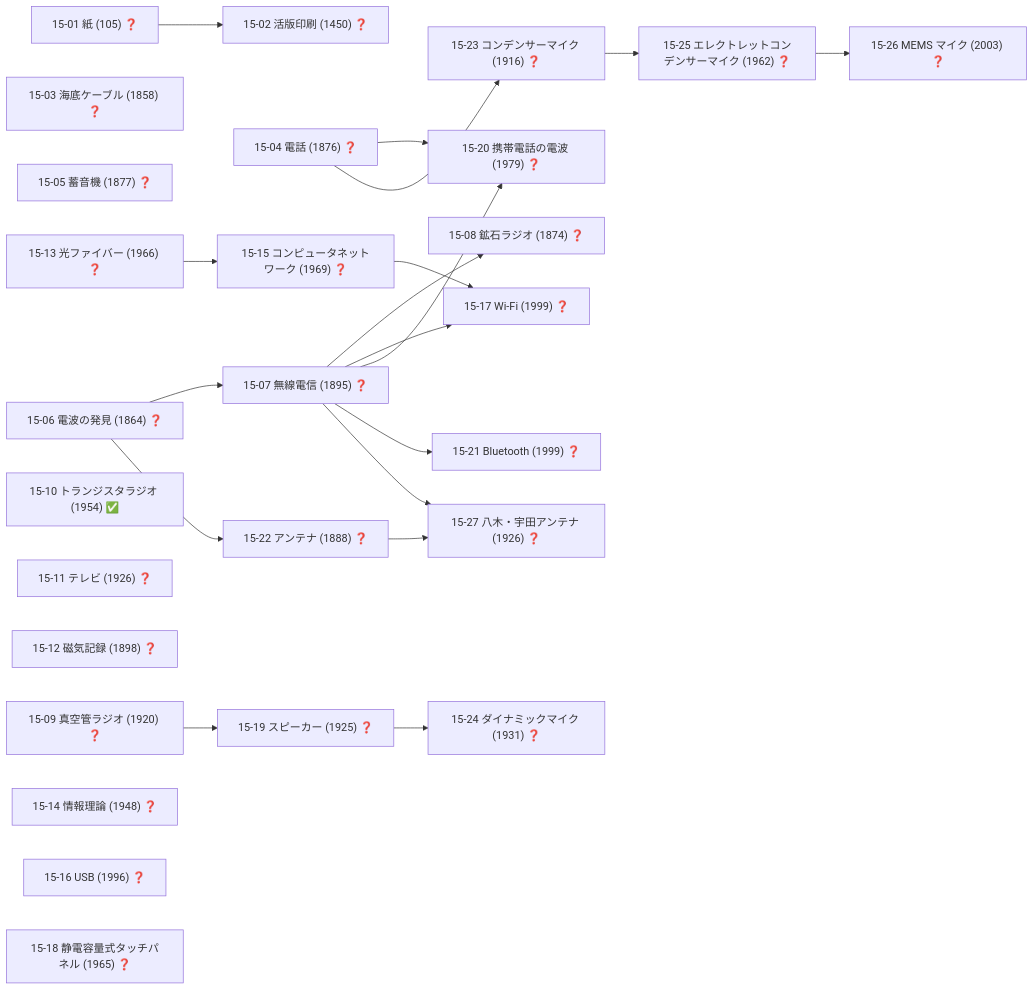
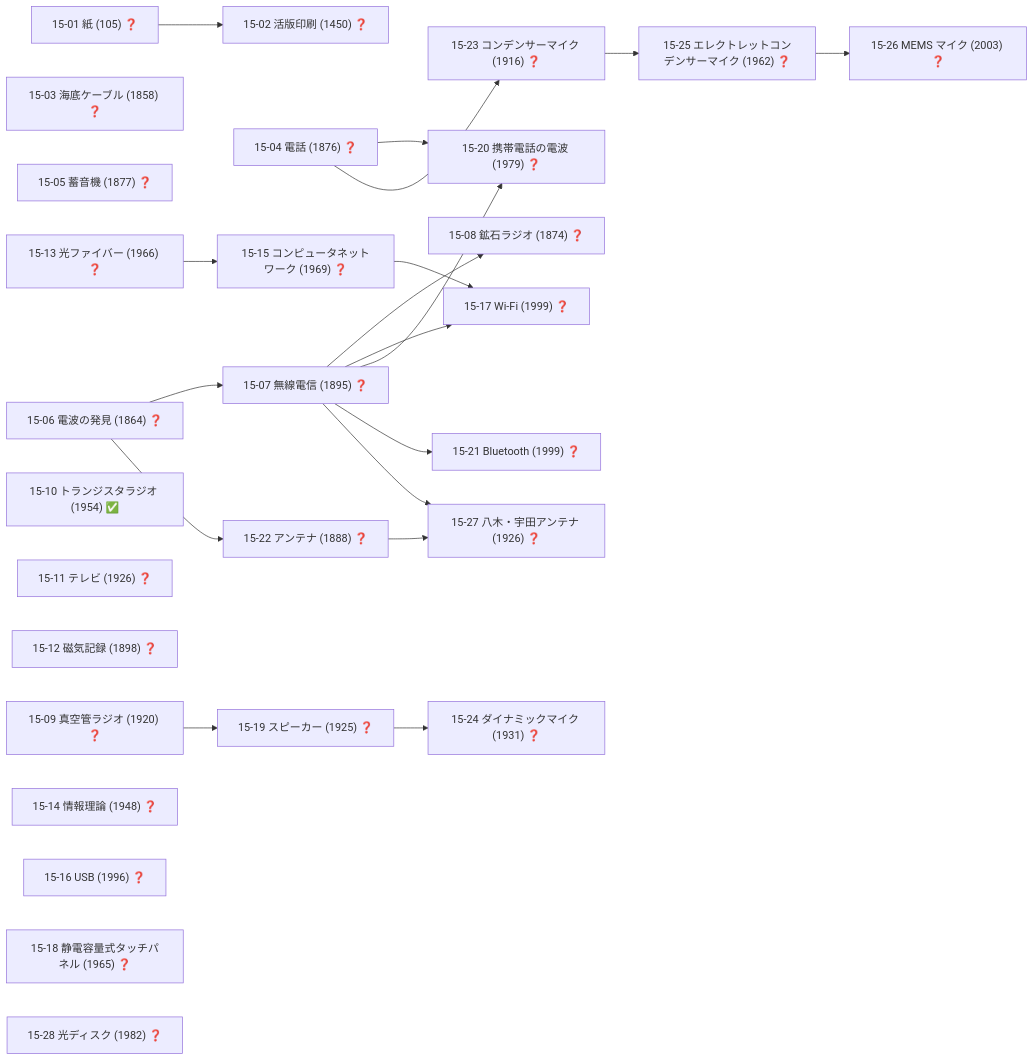
One commit to taku3i0317-collab/semiconductor-lab changed diagram 18 of 19 in docs/TECH_TREE_VIEW.md. Above: the diagram before and after it, drawn with Mermaid. The commit also changed other lines of this file and 8 other files, not shown here.

````diff
--- a/docs/TECH_TREE_VIEW.md
+++ b/docs/TECH_TREE_VIEW.md
@@ -928,47 +930,48 @@
 ```mermaid
 graph LR
   n15_01["15-01 紙 (105) ❓"]
   n15_02["15-02 活版印刷 (1450) ❓"]
   n15_03["15-03 海底ケーブル (1858) ❓"]
   n15_04["15-04 電話 (1876) ❓"]
   n15_05["15-05 蓄音機 (1877) ❓"]
   n15_06["15-06 電波の発見 (1864) ❓"]
   n15_07["15-07 無線電信 (1895) ❓"]
   n15_08["15-08 鉱石ラジオ (1874) ❓"]
   n15_09["15-09 真空管ラジオ (1920) ❓"]
   n15_10["15-10 トランジスタラジオ (1954) ✅"]
   n15_11["15-11 テレビ (1926) ❓"]
   n15_12["15-12 磁気記録 (1898) ❓"]
   n15_13["15-13 光ファイバー (1966) ❓"]
   n15_14["15-14 情報理論 (1948) ❓"]
   n15_15["15-15 コンピュータネットワーク (1969) ❓"]
   n15_16["15-16 USB (1996) ❓"]
   n15_17["15-17 Wi-Fi (1999) ❓"]
   n15_18["15-18 静電容量式タッチパネル (1965) ❓"]
   n15_19["15-19 スピーカー (1925) ❓"]
   n15_20["15-20 携帯電話の電波 (1979) ❓"]
   n15_21["15-21 Bluetooth (1999) ❓"]
   n15_22["15-22 アンテナ (1888) ❓"]
   n15_23["15-23 コンデンサーマイク (1916) ❓"]
   n15_24["15-24 ダイナミックマイク (1931) ❓"]
   n15_25["15-25 エレクトレットコンデンサーマイク (1962) ❓"]
   n15_26["15-26 MEMS マイク (2003) ❓"]
   n15_27["15-27 八木・宇田アンテナ (1926) ❓"]
+  n15_28["15-28 光ディスク (1982) ❓"]
   n15_01-->n15_02
   n15_06-->n15_07
   n15_07-->n15_08
   n15_13-->n15_15
   n15_07-->n15_17
   n15_15-->n15_17
   n15_09-->n15_19
   n15_04-->n15_20
   n15_07-->n15_20
   n15_07-->n15_21
   n15_06-->n15_22
   n15_04-->n15_23
   n15_19-->n15_24
   n15_23-->n15_25
   n15_25-->n15_26
   n15_07-->n15_27
   n15_22-->n15_27
 ```
````
